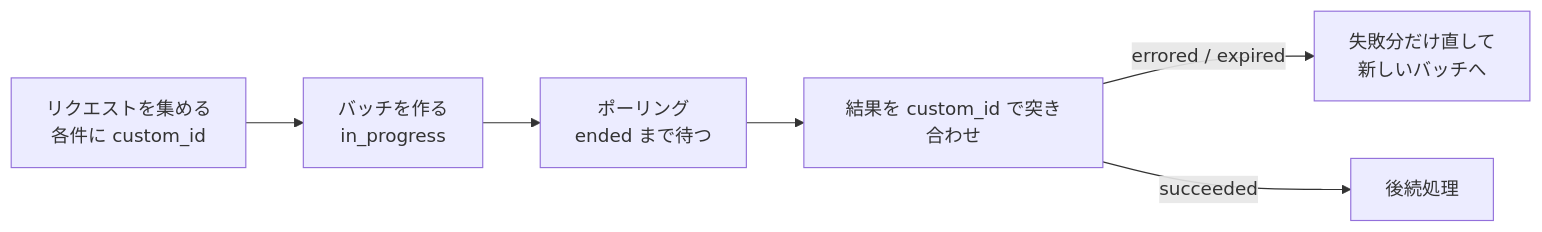
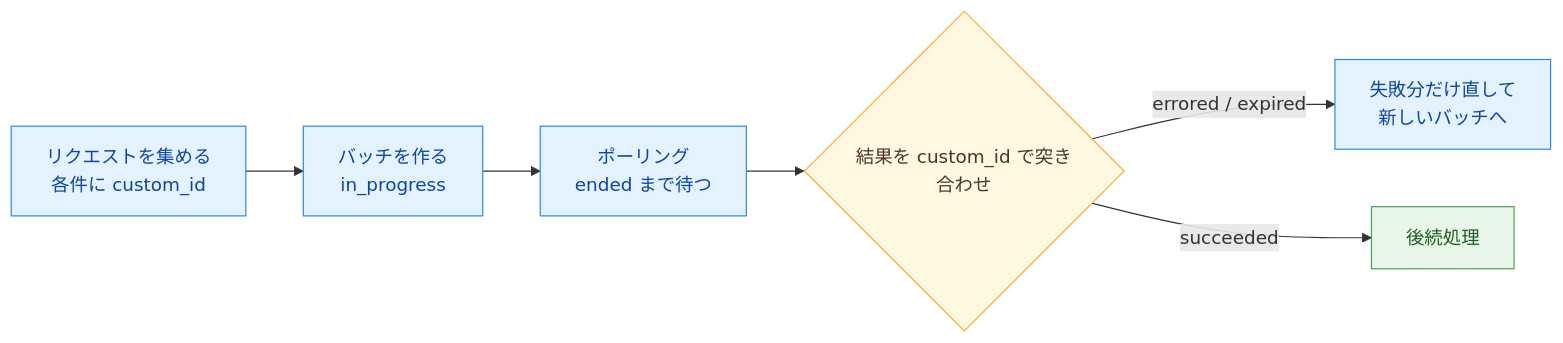
One commit to yuya-take/yuya-exam-notes changed the diagram in ccaf/notes/04-prompt-engineering/message-batches-api.md. Above: the diagram before and after it, drawn with Mermaid. The commit also changed other lines of this file and 50 other files, not shown here.

````diff
--- a/ccaf/notes/04-prompt-engineering/message-batches-api.md
+++ b/ccaf/notes/04-prompt-engineering/message-batches-api.md
@@ -12,8 +12,14 @@
 ```mermaid
 flowchart LR
-  A[リクエストを集める<br>各件に custom_id] --> B[バッチを作る<br>in_progress]
-  B --> C[ポーリング<br>ended まで待つ]
-  C --> D[結果を custom_id で突き合わせ]
-  D -->|errored / expired| E[失敗分だけ直して<br>新しいバッチへ]
+  A["リクエストを集める<br>各件に custom_id"] --> B["バッチを作る<br>in_progress"]
+  B --> C["ポーリング<br>ended まで待つ"]
+  C --> D{結果を custom_id で突き合わせ}
+  D -->|errored / expired| E["失敗分だけ直して<br>新しいバッチへ"]
   D -->|succeeded| F[後続処理]
+  classDef run fill:#e3f2fd,stroke:#1e88e5,color:#0d47a1
+  classDef judge fill:#fff8e1,stroke:#f9a825,color:#4e342e
+  classDef done fill:#e8f5e9,stroke:#43a047,color:#1b5e20
+  class A,B,C,E run
+  class D judge
+  class F done
 ```
````
